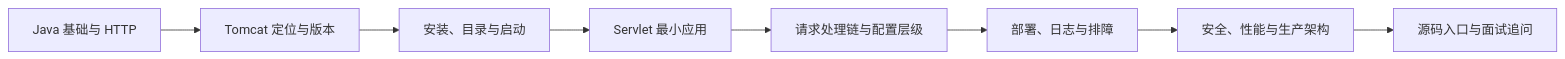
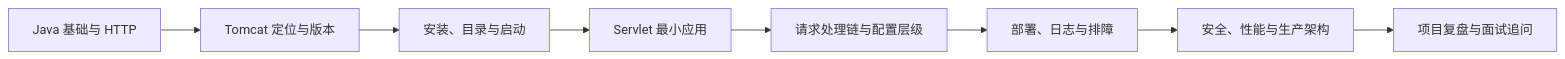
Before and after one commit to pvisanhash/toStudyCode: the first of 20 diagrams in Note/Tomcat笔记/学习Tomcat.md, drawn with Mermaid. The commit also changed other lines of this file and 2 other files, not shown here.

````diff
--- a/Note/Tomcat笔记/学习Tomcat.md
+++ b/Note/Tomcat笔记/学习Tomcat.md
@@ -25,10 +36,10 @@
 ```mermaid
 flowchart LR
     A["Java 基础与 HTTP"] --> B["Tomcat 定位与版本"]
     B --> C["安装、目录与启动"]
     C --> D["Servlet 最小应用"]
     D --> E["请求处理链与配置层级"]
     E --> F["部署、日志与排障"]
     F --> G["安全、性能与生产架构"]
-    G --> H["源码入口与面试追问"]
+    G --> H["项目复盘与面试追问"]
 ```
````
